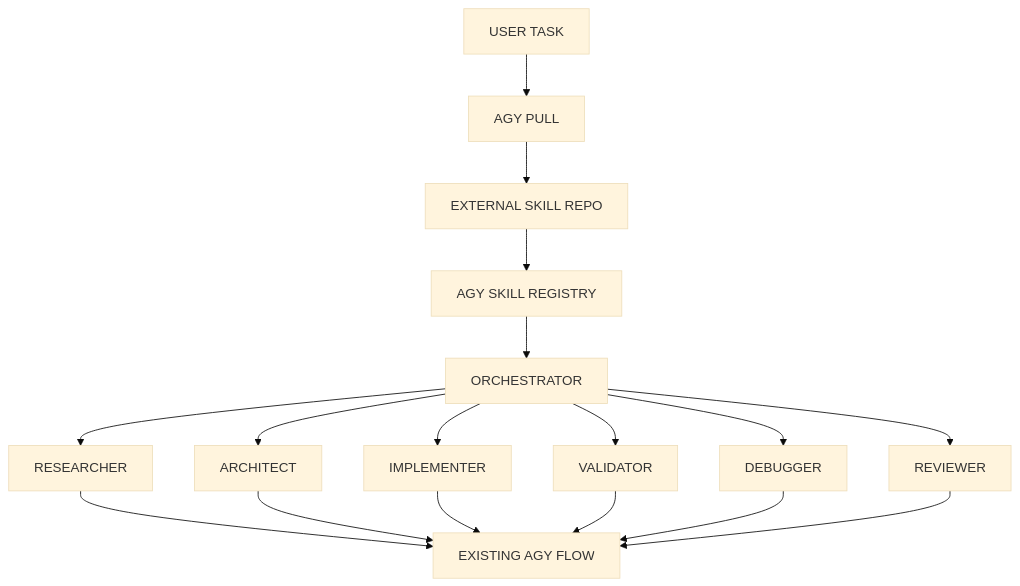
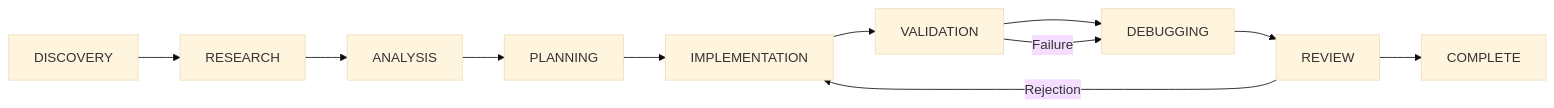
The diagram in README.md (karthikeyanV2K/agy-cli-skill), drawn with Mermaid (base theme) before and after one commit. The commit also changed other lines of this file and 2 other files, not shown here.

````diff
--- a/README.md
+++ b/README.md
@@ -65,19 +91,14 @@
 ```mermaid
-flowchart TD
-    User[USER TASK] --> Pull[AGY PULL]
-    Pull --> Repo[EXTERNAL SKILL REPO]
-    Repo --> Registry[AGY SKILL REGISTRY]
-    Registry --> Orch[ORCHESTRATOR]
-    Orch --> Researcher[RESEARCHER]
-    Orch --> Architect[ARCHITECT]
-    Orch --> Implementer[IMPLEMENTER]
-    Orch --> Validator[VALIDATOR]
-    Orch --> Debugger[DEBUGGER]
-    Orch --> Reviewer[REVIEWER]
-    Researcher --> Flow[EXISTING AGY FLOW]
-    Architect --> Flow
-    Implementer --> Flow
-    Validator --> Flow
-    Debugger --> Flow
-    Reviewer --> Flow
+flowchart LR
+    A[DISCOVERY] --> B[RESEARCH]
+    B --> C[ANALYSIS]
+    C --> D[PLANNING]
+    D --> E[IMPLEMENTATION]
+    E --> F[VALIDATION]
+    F --> G[DEBUGGING]
+    G --> H[REVIEW]
+    H --> I[COMPLETE]
+
+    H -- Rejection --> E
+    F -- Failure --> G
 ```
````
